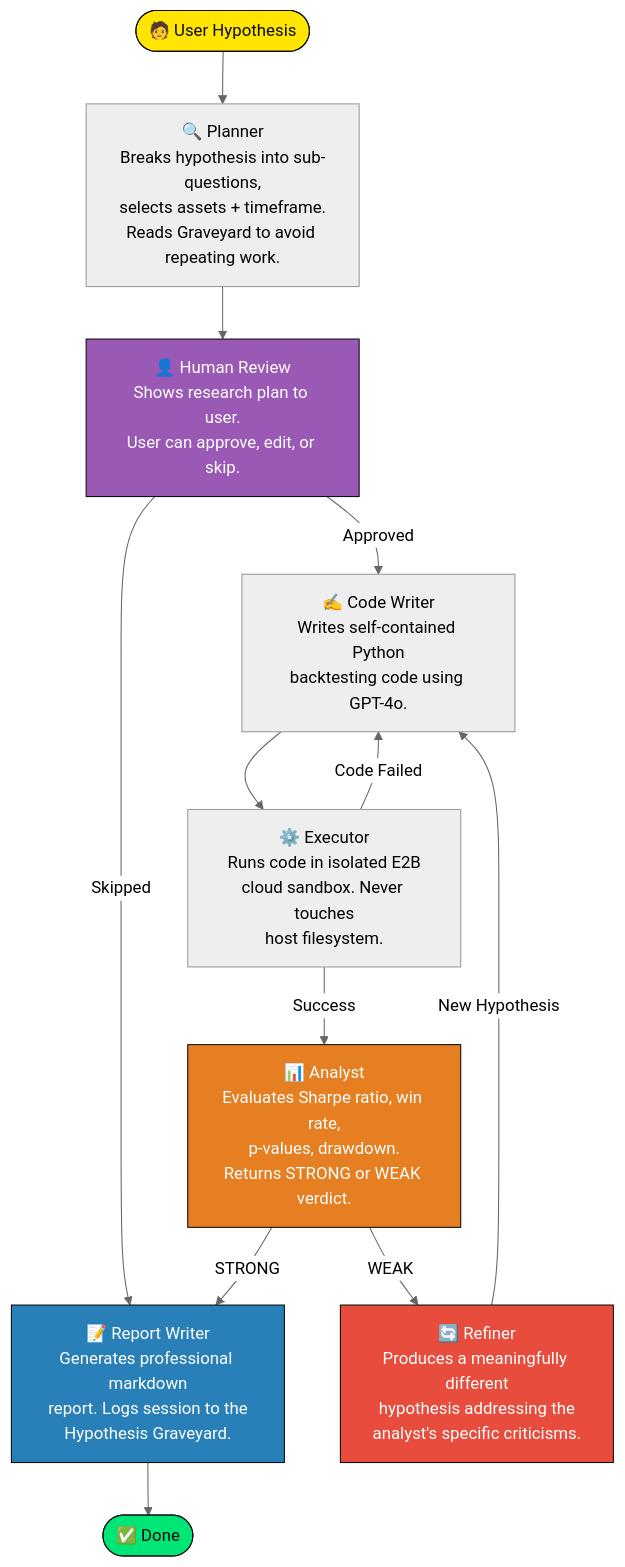
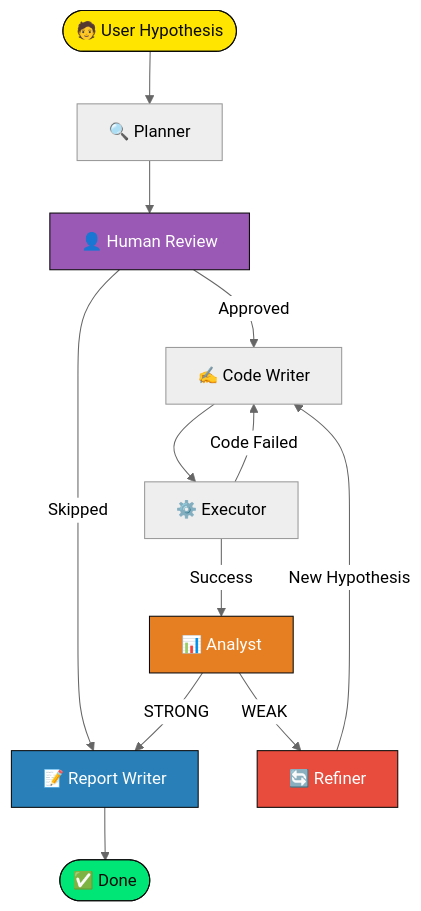
The diagram in README.md (MohitMurarka/quant-research-agent), drawn with Mermaid (neutral theme) before and after one commit. The commit also changed 1 other file, not shown here.

````diff
--- a/README.md
+++ b/README.md
@@ -34,35 +34,35 @@
 ```mermaid
 graph TD
     A([🧑 User Hypothesis]) --> B
 
-    B["🔍 Planner\nBreaks hypothesis into sub-questions,\nselects assets + timeframe.\nReads Graveyard to avoid repeating work."]
+    B["🔍 Planner"]
     B --> C
 
-    C["👤 Human Review\nShows research plan to user.\nUser can approve, edit, or skip."]
+    C["👤 Human Review"]
     C -- Approved --> D
     C -- Skipped --> J
 
-    D["✍️ Code Writer\nWrites self-contained Python\nbacktesting code using GPT-4o."]
+    D["✍️ Code Writer"]
     D --> E
 
-    E["⚙️ Executor\nRuns code in isolated E2B\ncloud sandbox. Never touches\nhost filesystem."]
+    E["⚙️ Executor"]
     E -- Code Failed --> D
     E -- Success --> F
 
-    F["📊 Analyst\nEvaluates Sharpe ratio, win rate,\np-values, drawdown.\nReturns STRONG or WEAK verdict."]
+    F["📊 Analyst"]
     F -- STRONG --> J
     F -- WEAK --> G
 
-    G["🔄 Refiner\nProduces a meaningfully different\nhypothesis addressing the\nanalyst's specific criticisms."]
+    G["🔄 Refiner"]
     G -- New Hypothesis --> D
 
-    J["📝 Report Writer\nGenerates professional markdown\nreport. Logs session to the\nHypothesis Graveyard."]
+    J["📝 Report Writer"]
     J --> K([✅ Done])
 
     style A fill:#FFE500,stroke:#0a0a0a,color:#0a0a0a
     style K fill:#00E676,stroke:#0a0a0a,color:#0a0a0a
     style C fill:#9b59b6,stroke:#0a0a0a,color:#fff
     style F fill:#e67e22,stroke:#0a0a0a,color:#fff
     style G fill:#e74c3c,stroke:#0a0a0a,color:#fff
     style J fill:#2980b9,stroke:#0a0a0a,color:#fff
 ```
````
